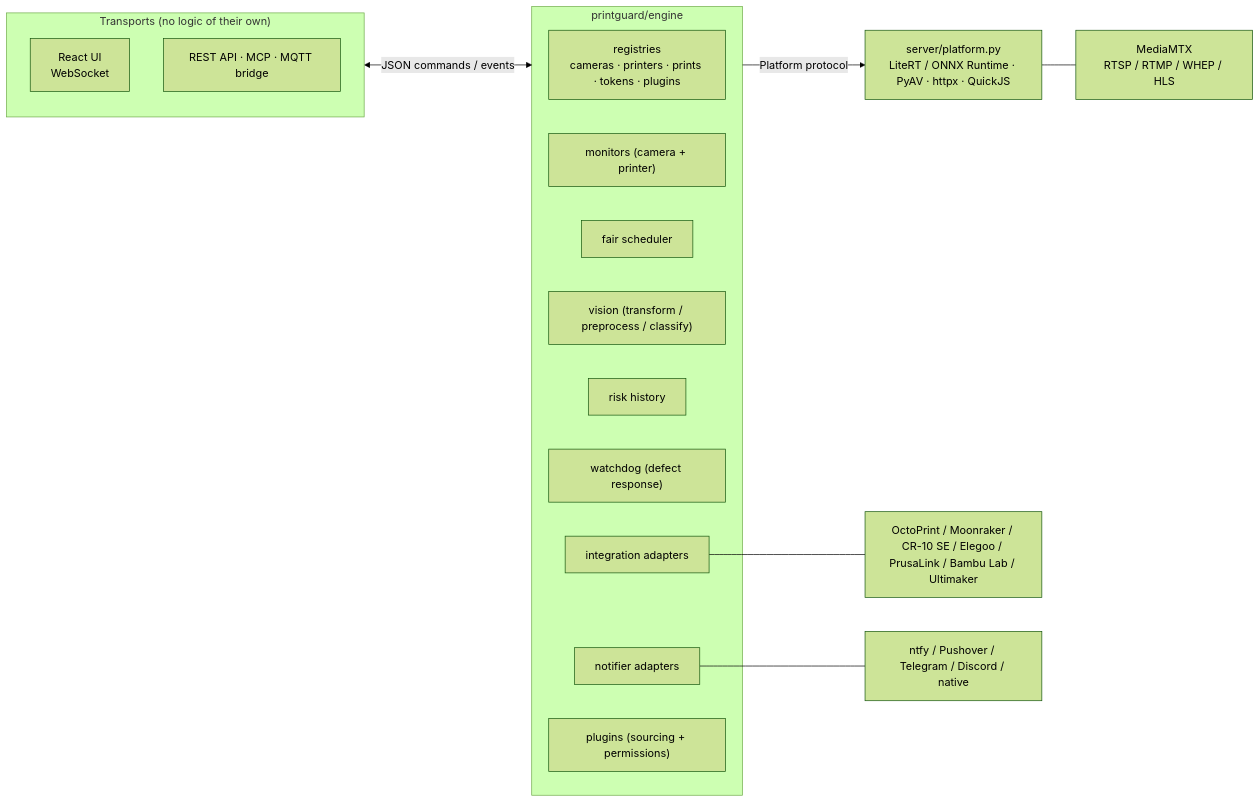
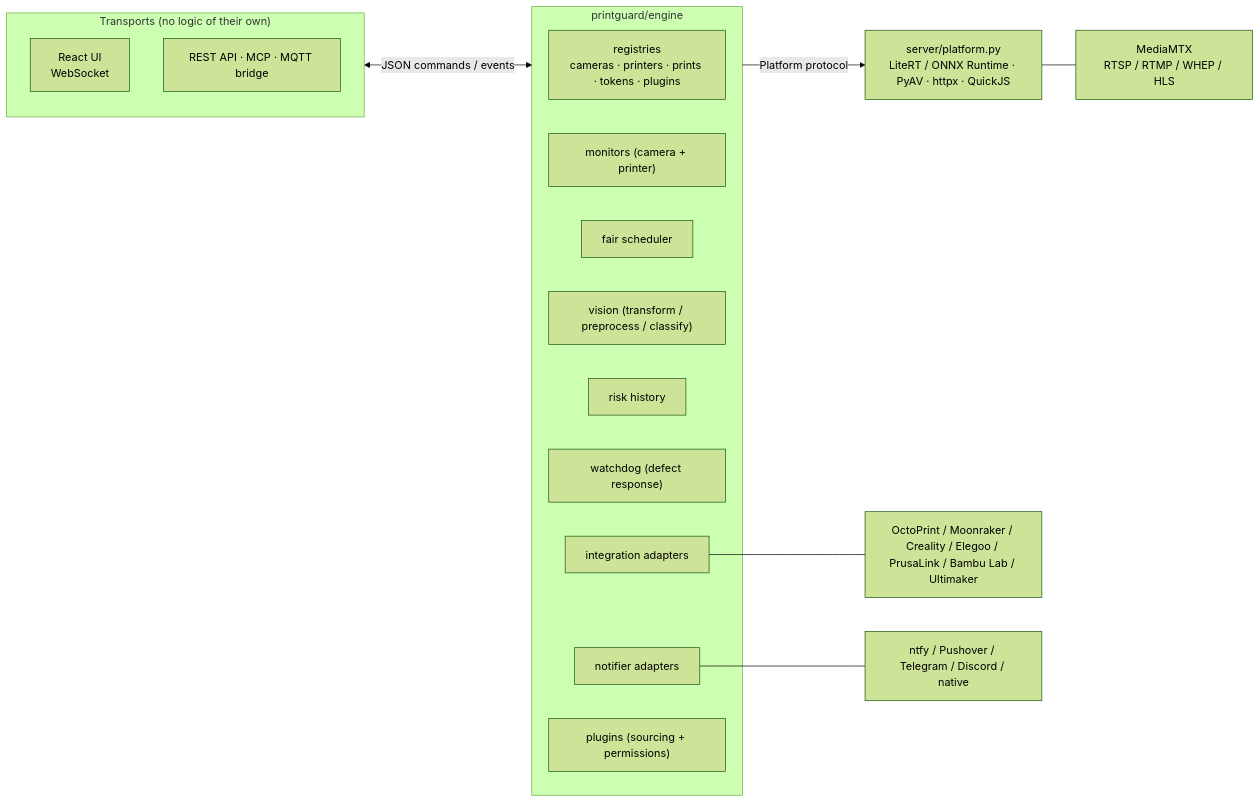
Before and after one commit to oliverbravery/PrintGuard: the first of 5 diagrams in docs/architecture.md, drawn with Mermaid (forest theme). The commit also changed other lines of this file and 6 other files, not shown here.

````diff
--- a/docs/architecture.md
+++ b/docs/architecture.md
@@ -33,26 +33,26 @@
 ```mermaid
 flowchart LR
     subgraph transports["Transports (no logic of their own)"]
         ui["React UI<br/>WebSocket"]
         surface["REST API · MCP · MQTT bridge"]
     end
 
     subgraph engine["printguard/engine"]
         registry["registries<br/>cameras · printers · prints · tokens · plugins"]
         monitors["monitors (camera + printer)"]
         scheduler["fair scheduler"]
         vision["vision (transform / preprocess / classify)"]
         history["risk history"]
         watchdog["watchdog (defect response)"]
         integrations["integration adapters"]
         notifiers["notifier adapters"]
         plugins["plugins (sourcing + permissions)"]
     end
 
     transports <-- "JSON commands / events" --> engine
     engine -- "Platform protocol" --> server["server/platform.py<br/>LiteRT / ONNX Runtime · PyAV · httpx · QuickJS"]
 
     server --- mediamtx["MediaMTX<br/>RTSP / RTMP / WHEP / HLS"]
-    integrations --- printersvc["OctoPrint / Moonraker / CR-10 SE / Elegoo / PrusaLink / Bambu Lab / Ultimaker"]
+    integrations --- printersvc["OctoPrint / Moonraker / Creality / Elegoo / PrusaLink / Bambu Lab / Ultimaker"]
     notifiers --- push["ntfy / Pushover / Telegram / Discord / native"]
 ```
````
